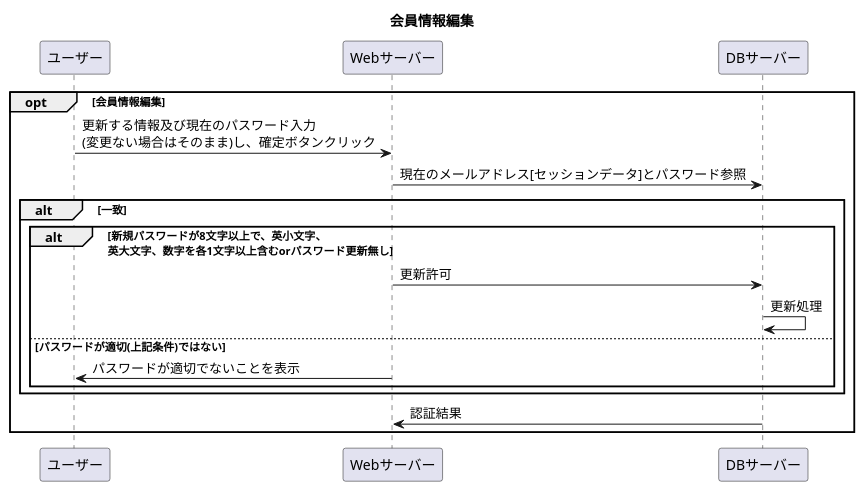
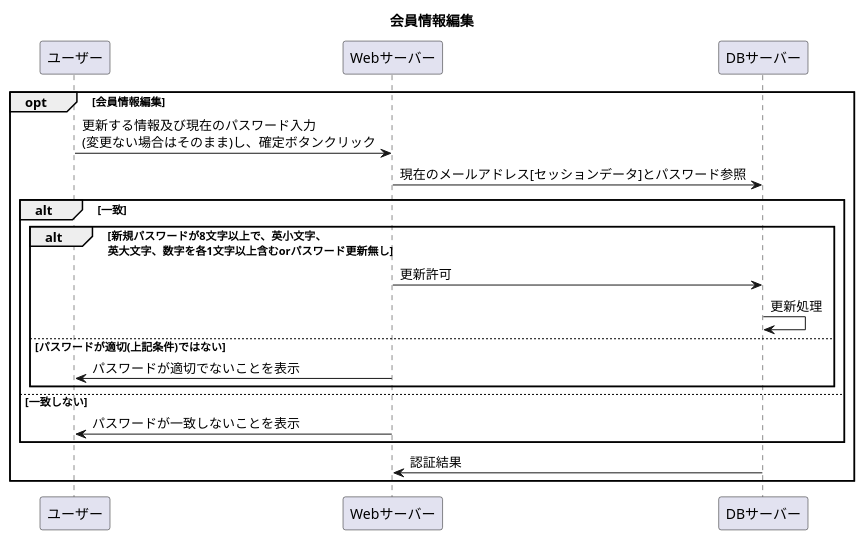
Before and after one commit to Aso2001227/Aso-Sports-1: the diagram in 設計書/02_業務フロー/Edit-Business-Flow.md, drawn with PlantUML.

````diff
--- a/設計書/02_業務フロー/Edit-Business-Flow.md
+++ b/設計書/02_業務フロー/Edit-Business-Flow.md
@@ -1,18 +1,20 @@
 ```uml
 @startuml
 title: 会員情報編集
 opt 会員情報編集
         ユーザー ->Webサーバー :更新する情報及び現在のパスワード入力\n(変更ない場合はそのまま)し、確定ボタンクリック
         Webサーバー -> DBサーバー : 現在のメールアドレス[セッションデータ]とパスワード参照
         alt 一致
                 alt 新規パスワードが8文字以上で、英小文字、\n英大文字、数字を各1文字以上含むorパスワード更新無し
                        Webサーバー -> DBサーバー : 更新許可
                        DBサーバー -> DBサーバー : 更新処理
                 else パスワードが適切(上記条件)ではない
                         Webサーバー -> ユーザー : パスワードが適切でないことを表示
                 end
+        else 一致しない
+                Webサーバー -> ユーザー : パスワードが一致しないことを表示
         end
         DBサーバー -> Webサーバー : 認証結果
 end
 @enduml
 ```
````
